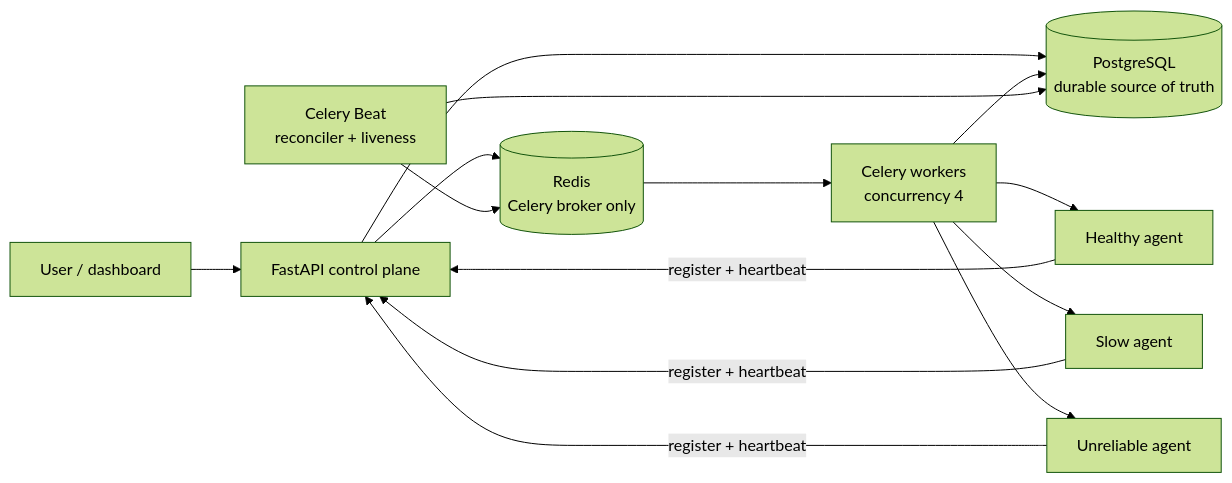
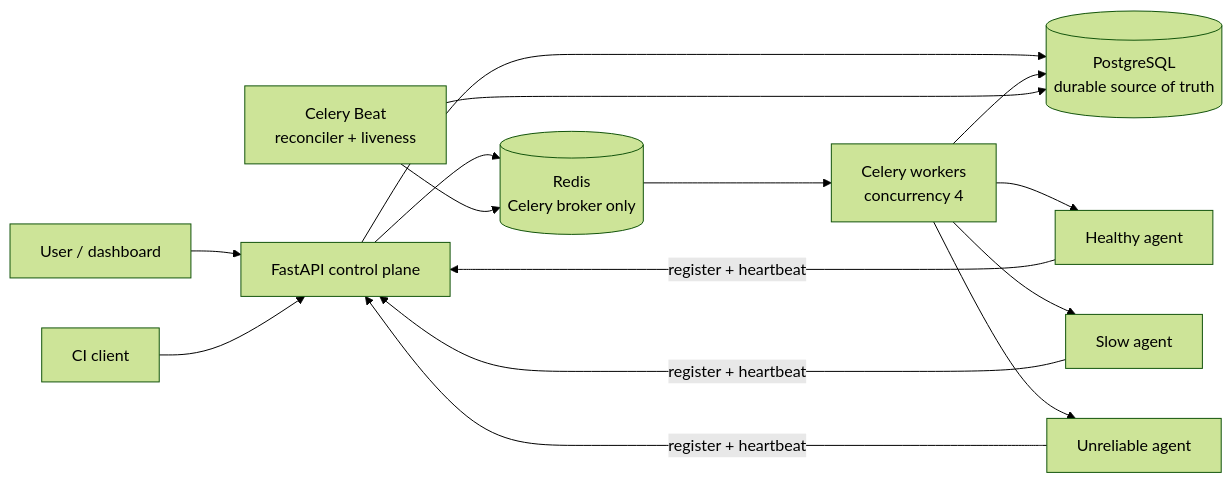
Before and after one commit to MdFahimBashar/HILForge: the diagram in README.md, drawn with Mermaid (forest theme). The commit also changed other lines of this file and 15 other files, not shown here.

````diff
--- a/README.md
+++ b/README.md
@@ -36,14 +37,15 @@
 ```mermaid
 flowchart LR
     U["User / dashboard"] --> A["FastAPI control plane"]
+    C["CI client"] --> A
     A --> P[("PostgreSQL\ndurable source of truth")]
     A --> R[("Redis\nCelery broker only")]
     R --> W["Celery workers\nconcurrency 4"]
     W --> P
     W --> D1["Healthy agent"]
     W --> D2["Slow agent"]
     W --> D3["Unreliable agent"]
     D1 & D2 & D3 -->|"register + heartbeat"| A
     B["Celery Beat\nreconciler + liveness"] --> P
     B --> R
 ```
````
